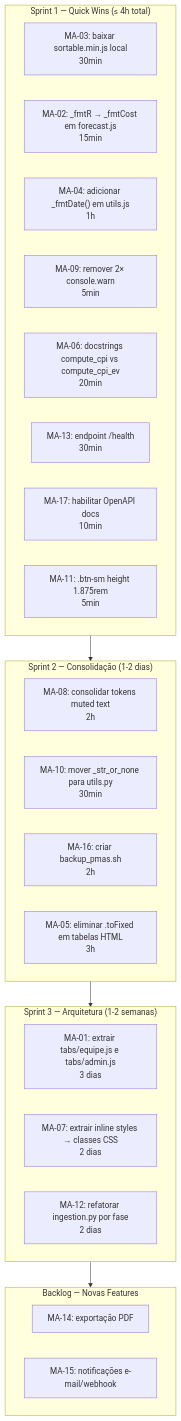
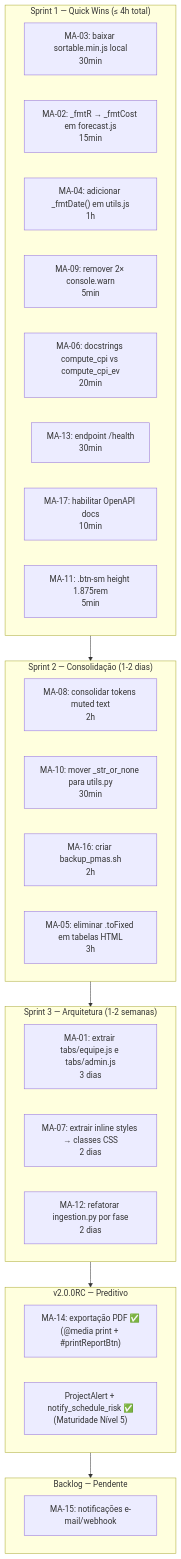
The eighth of 8 diagrams in docs/MASTER-AUDIT.md (RtaSistemas/PMAS), drawn with Mermaid before and after one commit. The commit also changed other lines of this file and 1 other file, not shown here.

````diff
--- a/docs/MASTER-AUDIT.md
+++ b/docs/MASTER-AUDIT.md
@@ -721,29 +718,32 @@
 ```mermaid
 flowchart TD
     subgraph S1["Sprint 1 — Quick Wins (≤ 4h total)"]
         T1A["MA-03: baixar sortable.min.js local\n30min"]
         T1B["MA-02: _fmtR → _fmtCost em forecast.js\n15min"]
         T1C["MA-04: adicionar _fmtDate() em utils.js\n1h"]
         T1D["MA-09: remover 2× console.warn\n5min"]
         T1E["MA-06: docstrings compute_cpi vs compute_cpi_ev\n20min"]
         T1F["MA-13: endpoint /health\n30min"]
         T1G["MA-17: habilitar OpenAPI docs\n10min"]
         T1H["MA-11: .btn-sm height 1.875rem\n5min"]
     end
     subgraph S2["Sprint 2 — Consolidação (1-2 dias)"]
         T2A["MA-08: consolidar tokens muted text\n2h"]
         T2B["MA-10: mover _str_or_none para utils.py\n30min"]
         T2C["MA-16: criar backup_pmas.sh\n2h"]
         T2D["MA-05: eliminar .toFixed em tabelas HTML\n3h"]
     end
     subgraph S3["Sprint 3 — Arquitetura (1-2 semanas)"]
         T3A["MA-01: extrair tabs/equipe.js e tabs/admin.js\n3 dias"]
         T3B["MA-07: extrair inline styles → classes CSS\n2 dias"]
         T3C["MA-12: refatorar ingestion.py por fase\n2 dias"]
     end
-    subgraph S4["Backlog — Novas Features"]
-        T4A["MA-14: exportação PDF"]
+    subgraph SRC["v2.0.0RC — Preditivo"]
+        TRC1["MA-14: exportação PDF ✅\n(@media print + #printReportBtn)"]
+        TRC2["ProjectAlert + notify_schedule_risk ✅\n(Maturidade Nível 5)"]
+    end
+    subgraph S4["Backlog — Pendente"]
         T4B["MA-15: notificações e-mail/webhook"]
     end
-    S1 --> S2 --> S3 --> S4
+    S1 --> S2 --> S3 --> SRC --> S4
 ```
````
